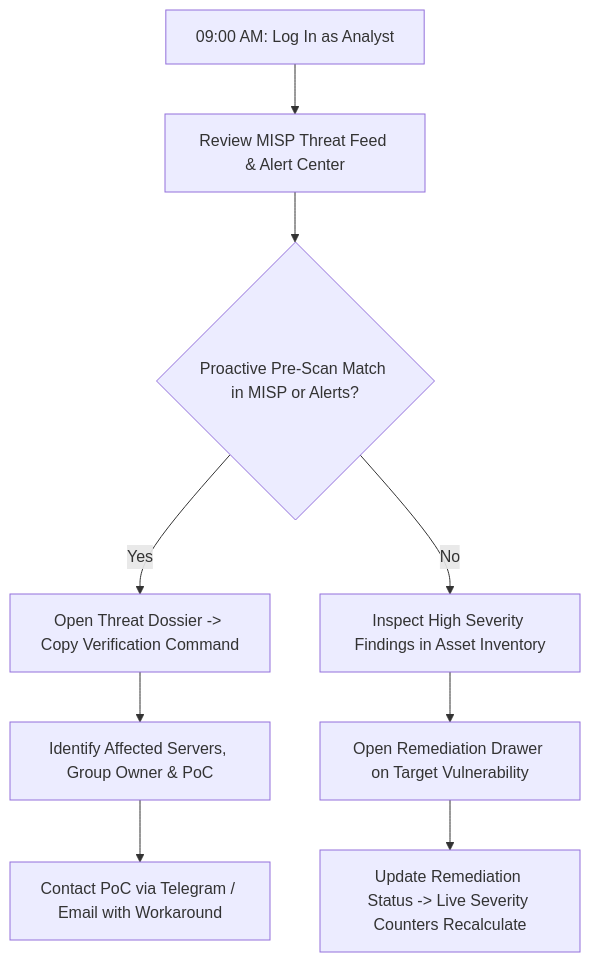
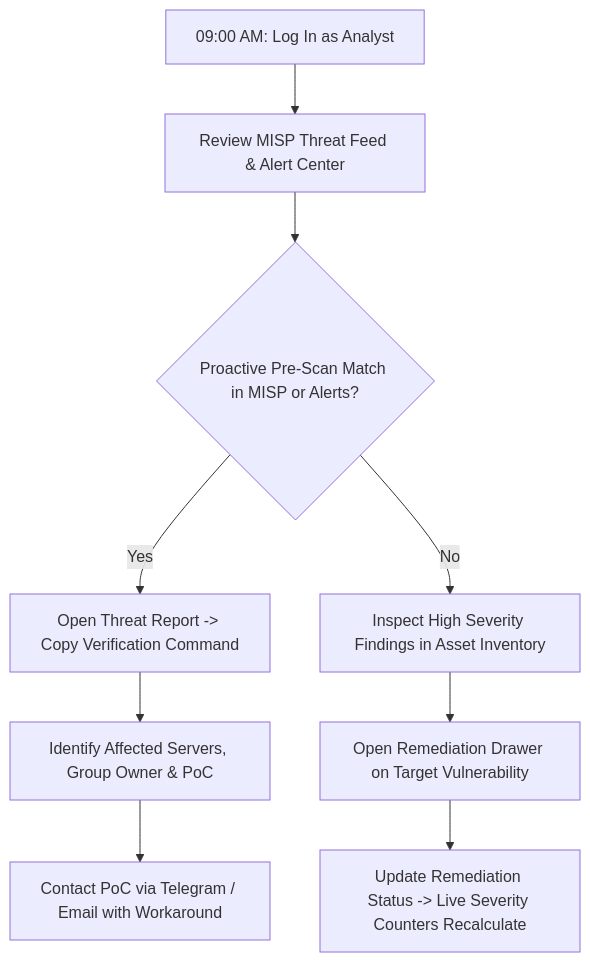
One commit to kimsrung/nb_vul_dashboard changed the third of 5 diagrams in docs/overview.md. Above: the diagram before and after it, drawn with Mermaid. The commit also changed other lines of this file and 16 other files, not shown here.

````diff
--- a/docs/overview.md
+++ b/docs/overview.md
@@ -311,11 +311,11 @@
 ```mermaid
 flowchart TD
     A["09:00 AM: Log In as Analyst"] --> B["Review MISP Threat Feed & Alert Center"]
     B --> C{"Proactive Pre-Scan Match in MISP or Alerts?"}
-    C -- Yes --> D["Open Threat Dossier -> Copy Verification Command"]
+    C -- Yes --> D["Open Threat Report -> Copy Verification Command"]
     D --> E["Identify Affected Servers, Group Owner & PoC"]
     E --> F["Contact PoC via Telegram / Email with Workaround"]
     C -- No --> G["Inspect High Severity Findings in Asset Inventory"]
     G --> H["Open Remediation Drawer on Target Vulnerability"]
     H --> I["Update Remediation Status -> Live Severity Counters Recalculate"]
 ```
````
